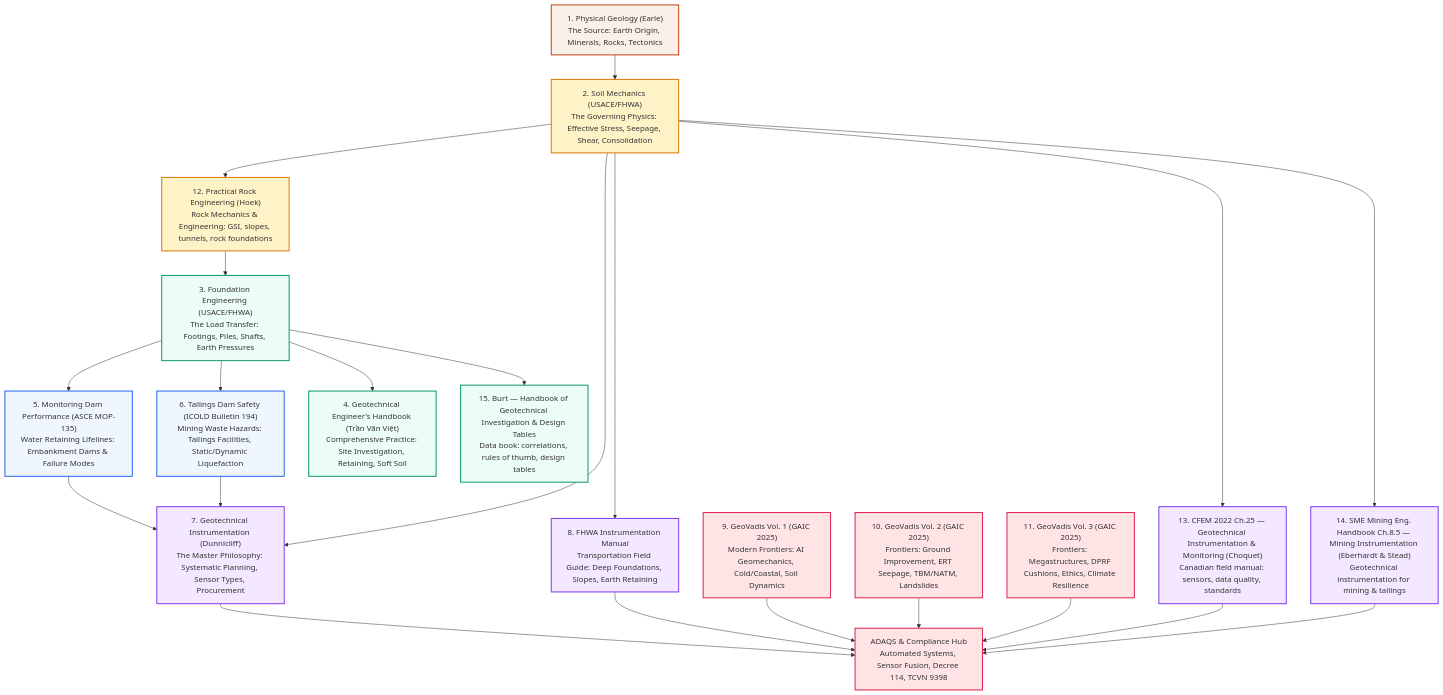
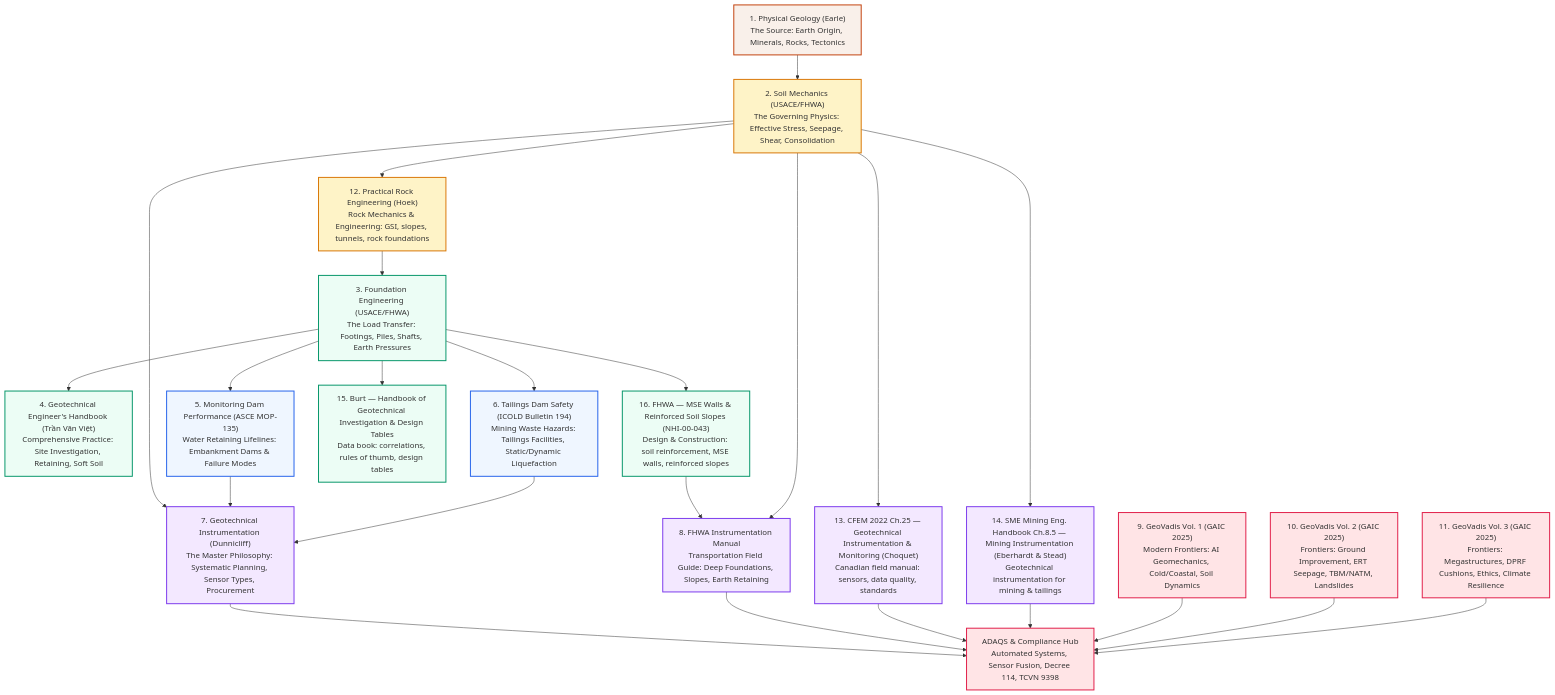
Before and after one commit to geoinst/geoinst.github.io: the second of 6 diagrams in docs/reference-manuals/overarching-vision.md, drawn with Mermaid. The commit also changed other lines of this file and 29 other files, not shown here.

First line of the commit message:
Add FHWA-NHI-00-043 MSE Walls & Reinforced Soil Slopes (EN + VI)

````diff
--- a/docs/reference-manuals/overarching-vision.md
+++ b/docs/reference-manuals/overarching-vision.md
@@ -59,34 +59,36 @@
 ```mermaid
 graph TD
     classDef foundation fill:#f9f0ea,stroke:#c2410c,stroke-width:2px;
     classDef physics fill:#fef3c7,stroke:#d97706,stroke-width:2px;
     classDef design fill:#ecfdf5,stroke:#059669,stroke-width:2px;
     classDef hazard fill:#eff6ff,stroke:#2563eb,stroke-width:2px;
     classDef monitor fill:#f3e8ff,stroke:#7c3aed,stroke-width:2px;
     classDef system fill:#ffe4e6,stroke:#e11d48,stroke-width:2px;
 
     PG["1. Physical Geology (Earle)<br/>The Source: Earth Origin, Minerals, Rocks, Tectonics"]:::foundation
     SM["2. Soil Mechanics (USACE/FHWA)<br/>The Governing Physics: Effective Stress, Seepage, Shear, Consolidation"]:::physics
     FE["3. Foundation Engineering (USACE/FHWA)<br/>The Load Transfer: Footings, Piles, Shafts, Earth Pressures"]:::design
     HB["4. Geotechnical Engineer's Handbook (Trần Văn Việt)<br/>Comprehensive Practice: Site Investigation, Retaining, Soft Soil"]:::design
     DAM["5. Monitoring Dam Performance (ASCE MOP-135)<br/>Water Retaining Lifelines: Embankment Dams & Failure Modes"]:::hazard
     TLG["6. Tailings Dam Safety (ICOLD Bulletin 194)<br/>Mining Waste Hazards: Tailings Facilities, Static/Dynamic Liquefaction"]:::hazard
     DUN["7. Geotechnical Instrumentation (Dunnicliff)<br/>The Master Philosophy: Systematic Planning, Sensor Types, Procurement"]:::monitor
     FHW["8. FHWA Instrumentation Manual<br/>Transportation Field Guide: Deep Foundations, Slopes, Earth Retaining"]:::monitor
     GV1["9. GeoVadis Vol. 1 (GAIC 2025)<br/>Modern Frontiers: AI Geomechanics, Cold/Coastal, Soil Dynamics"]:::system
     GV2["10. GeoVadis Vol. 2 (GAIC 2025)<br/>Frontiers: Ground Improvement, ERT Seepage, TBM/NATM, Landslides"]:::system
     GV3["11. GeoVadis Vol. 3 (GAIC 2025)<br/>Frontiers: Megastructures, DPRF Cushions, Ethics, Climate Resilience"]:::system
     PRE["12. Practical Rock Engineering (Hoek)<br/>Rock Mechanics & Engineering: GSI, slopes, tunnels, rock foundations"]:::physics
     CFEM["13. CFEM 2022 Ch.25 — Geotechnical Instrumentation & Monitoring (Choquet)<br/>Canadian field manual: sensors, data quality, standards"]:::monitor
     SME["14. SME Mining Eng. Handbook Ch.8.5 — Mining Instrumentation (Eberhardt & Stead)<br/>Geotechnical instrumentation for mining & tailings"]:::monitor
     BURT["15. Burt — Handbook of Geotechnical Investigation & Design Tables<br/>Data book: correlations, rules of thumb, design tables"]:::design
+    MSE["16. FHWA — MSE Walls & Reinforced Soil Slopes (NHI-00-043)<br/>Design & Construction: soil reinforcement, MSE walls, reinforced slopes"]:::design
     ADA["ADAQS & Compliance Hub<br/>Automated Systems, Sensor Fusion, Decree 114, TCVN 9398"]:::system
 
     PG --> SM --> PRE --> FE --> DAM & TLG
     FE --> HB
-    FE --> BURT
+    FE --> BURT & MSE
+    MSE --> FHW
     SM --> DUN & FHW & CFEM & SME
     DAM & TLG --> DUN
     DUN & FHW & CFEM & SME --> ADA
     GV1 & GV2 & GV3 --> ADA
 ```
````
